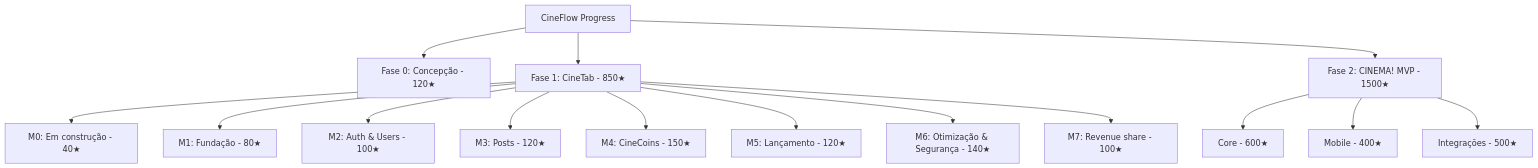
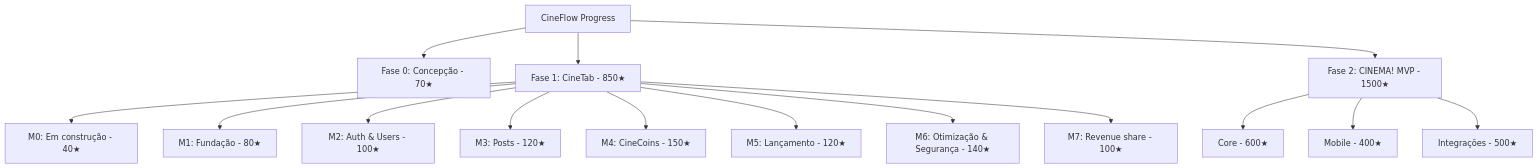
The first of 3 diagrams in 3 - Projects/CINEMA!/0.Central/Planejamento.md (DevTroli/SecondBrain), drawn with Mermaid before and after one commit. The commit also changed other lines of this file and 9 other files, not shown here.

````diff
--- a/3 - Projects/CINEMA!/0.Central/Planejamento.md
+++ b/3 - Projects/CINEMA!/0.Central/Planejamento.md
@@ -20,17 +20,17 @@
 ```mermaid
 graph TD
-A[CineFlow Progress] --> B[Fase 0: Concepção - 120★]
+A[CineFlow Progress] --> B[Fase 0: Concepção - 70★]
 A --> C[Fase 1: CineTab - 850★]
 A --> D[Fase 2: CINEMA! MVP - 1500★]
 C --> C0[M0: Em construção - 40★]
 C --> C1[M1: Fundação - 80★]
 C --> C2[M2: Auth & Users - 100★]
 C --> C3[M3: Posts - 120★]
 C --> C4[M4: CineCoins - 150★]
 C --> C5[M5: Lançamento - 120★]
 C --> C6[M6: Otimização & Segurança - 140★]
 C --> C7[M7: Revenue share - 100★]
 D --> D1[Core - 600★]
 D --> D2[Mobile - 400★]
 D --> D3[Integrações - 500★]
 ```
````
